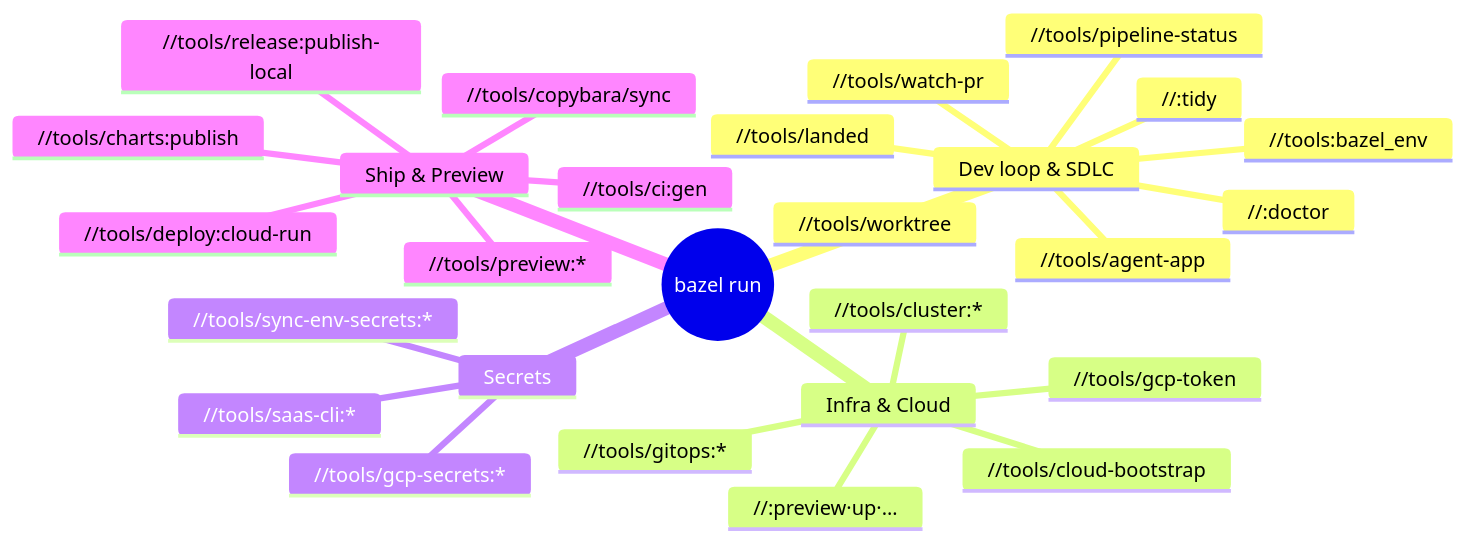
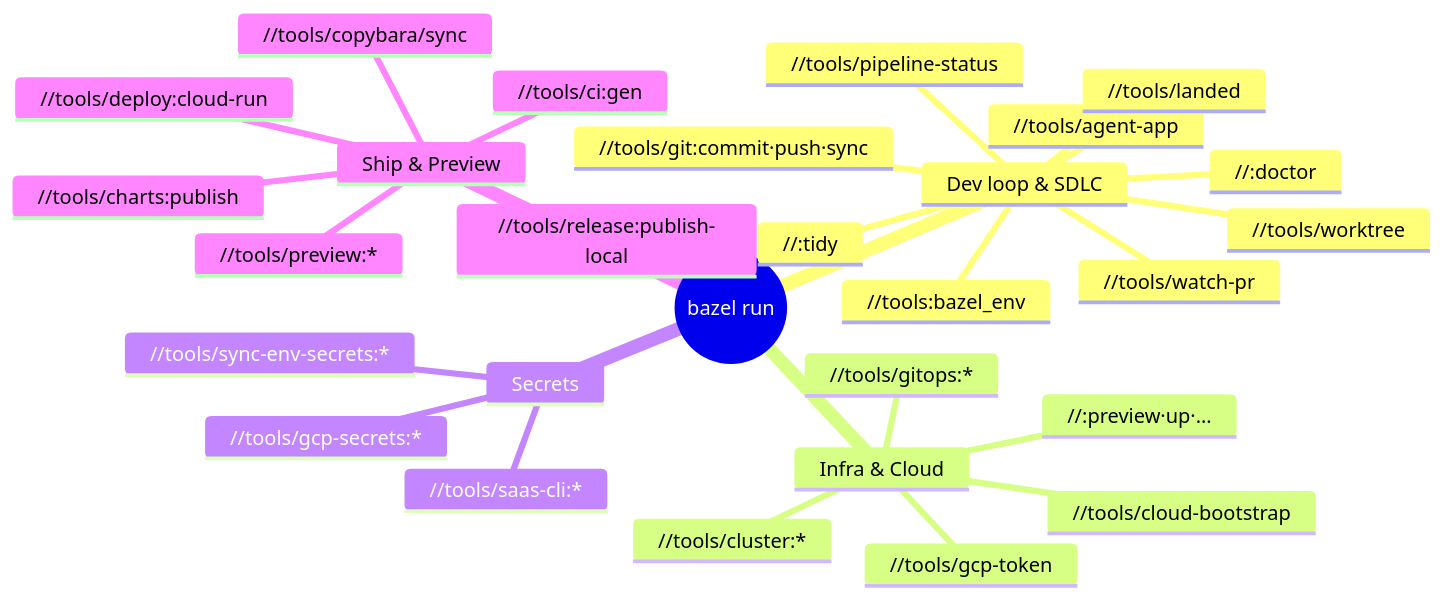
The diagram in docs/reference/bazel-targets.md (VitruvianSoftware/vitruvian-core), drawn with Mermaid before and after one commit. The commit also changed other lines of this file and 20 other files, not shown here.

First line of the commit message:
feat(tools): git commit, push and sync targets for agents

````diff
--- a/docs/reference/bazel-targets.md
+++ b/docs/reference/bazel-targets.md
@@ -11,30 +11,31 @@
 ```mermaid
 mindmap
   root((bazel run))
     Dev loop & SDLC
       //:doctor
       //tools/worktree
+      //tools/git:commit·push·sync
       //tools/agent-app
       //tools/watch-pr
       //tools/landed
       //tools/pipeline-status
       //:tidy
       //tools:bazel_env
     Infra & Cloud
       //<pulumi project>:preview·up·…
       //tools/gcp-token
       //tools/cloud-bootstrap
       //tools/gitops:*
       //tools/cluster:*
     Secrets
       //tools/gcp-secrets:*
       //tools/sync-env-secrets:*
       //tools/saas-cli:*
     Ship & Preview
       //tools/ci:gen
       //tools/deploy:cloud-run
       //tools/preview:*
       //tools/charts:publish
       //tools/release:publish-local
       //tools/copybara/sync
 ```
````
